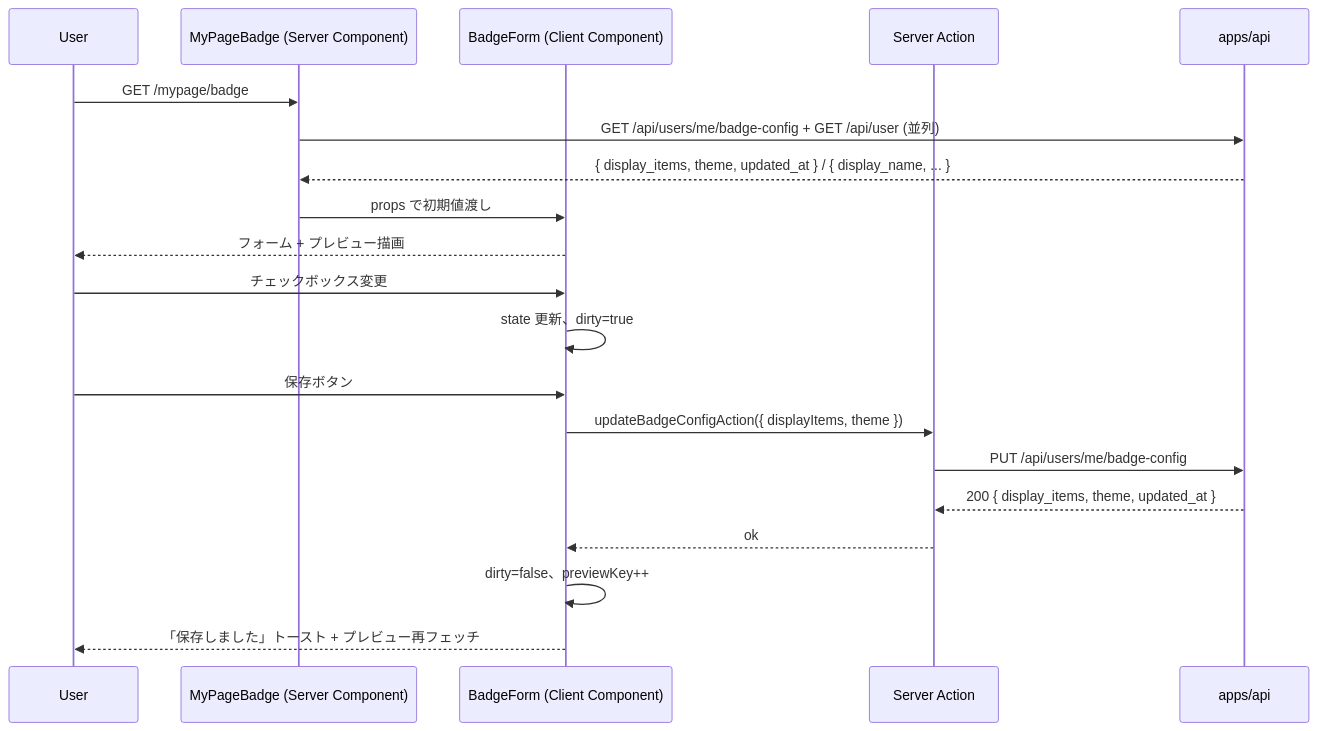
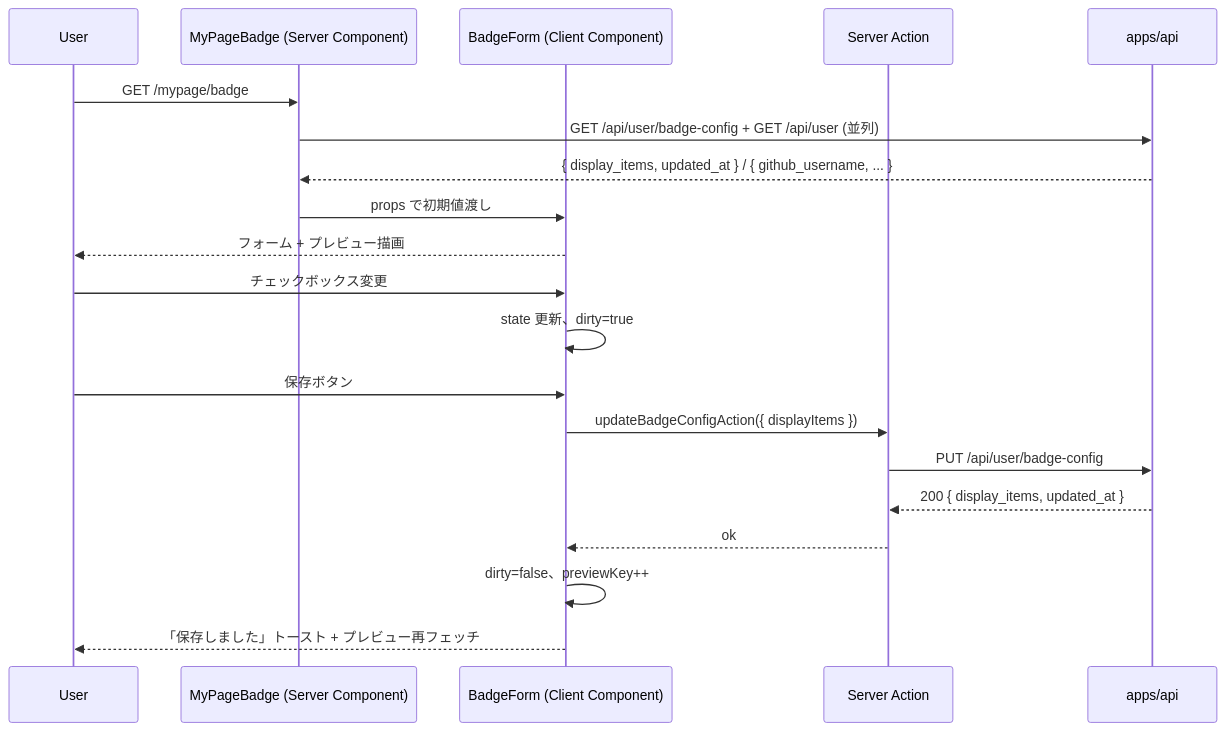
The diagram in docs/spec/rewards/step3-web-mypage-badge-customize.md (kentakki416/typing-royale), drawn with Mermaid before and after one commit. The commit also changed other lines of this file and 51 other files, not shown here.

First line of the commit message:
docs(spec): 実装乖離を全 spec で同期 (displayName 廃止 / Google OAuth 廃止 / HoF コメント廃止 / monthly v2 等)

````diff
--- a/docs/spec/rewards/step3-web-mypage-badge-customize.md
+++ b/docs/spec/rewards/step3-web-mypage-badge-customize.md
@@ -76,24 +75,24 @@
 ```mermaid
 sequenceDiagram
     participant U as User
     participant SC as MyPageBadge (Server Component)
     participant Form as BadgeForm (Client Component)
     participant Action as Server Action
     participant API as apps/api
 
     U->>SC: GET /mypage/badge
-    SC->>API: GET /api/users/me/badge-config + GET /api/user (並列)
-    API-->>SC: { display_items, theme, updated_at } / { display_name, ... }
+    SC->>API: GET /api/user/badge-config + GET /api/user (並列)
+    API-->>SC: { display_items, updated_at } / { github_username, ... }
     SC->>Form: props で初期値渡し
     Form-->>U: フォーム + プレビュー描画
 
     U->>Form: チェックボックス変更
     Form->>Form: state 更新、dirty=true
     U->>Form: 保存ボタン
-    Form->>Action: updateBadgeConfigAction({ displayItems, theme })
-    Action->>API: PUT /api/users/me/badge-config
-    API-->>Action: 200 { display_items, theme, updated_at }
+    Form->>Action: updateBadgeConfigAction({ displayItems })
+    Action->>API: PUT /api/user/badge-config
+    API-->>Action: 200 { display_items, updated_at }
     Action-->>Form: ok
     Form->>Form: dirty=false、previewKey++
     Form-->>U: 「保存しました」トースト + プレビュー再フェッチ
 ```
````
